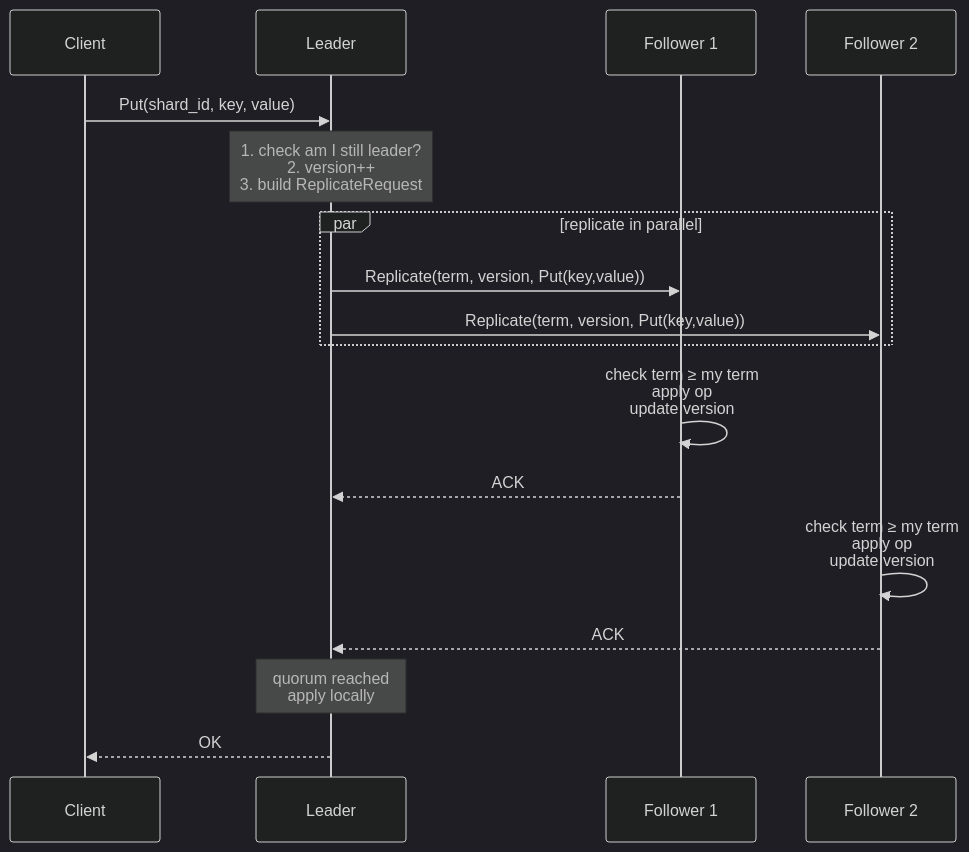
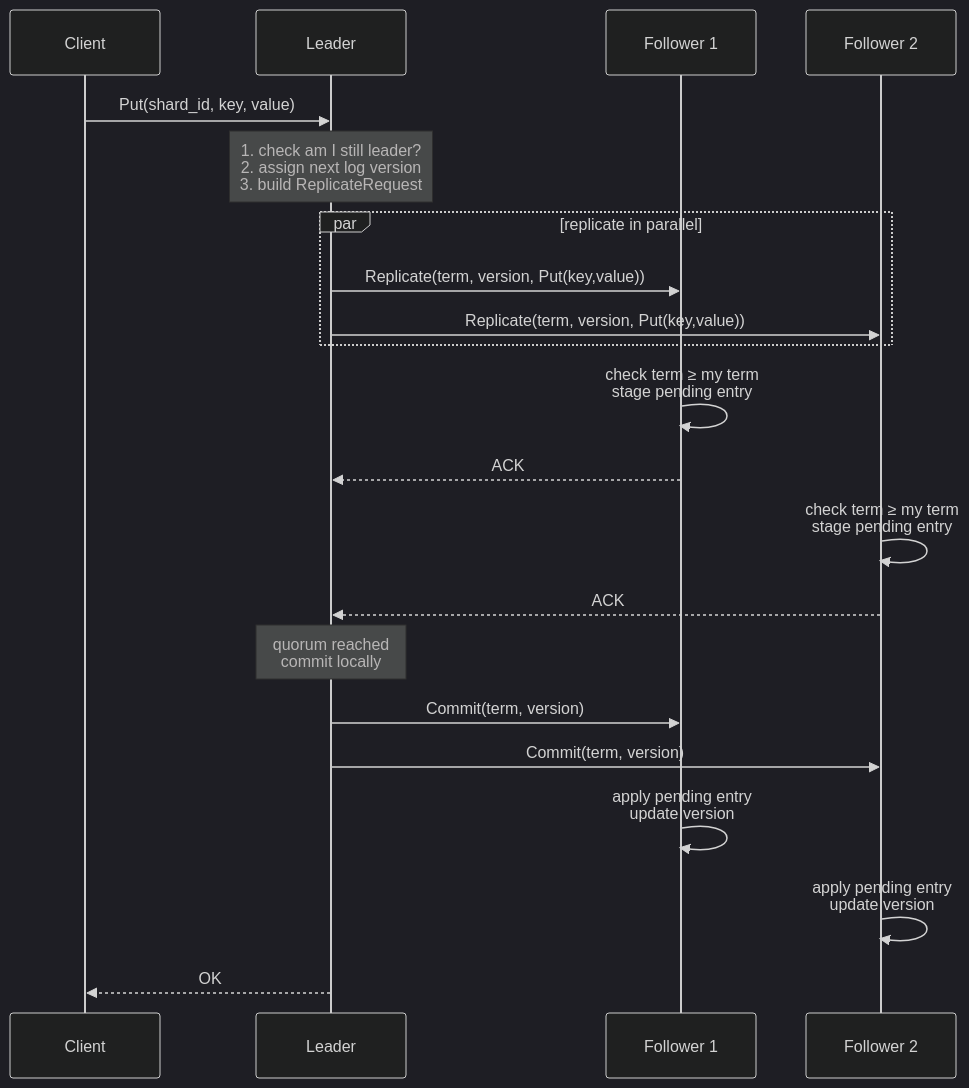
The second of 3 diagrams in docs/design.md (davecarr1024/doki), drawn with Mermaid (dark theme) before and after one commit. The commit also changed other lines of this file and 1 other file, not shown here.

Commit message:
Document append/commit replication

````diff
--- a/docs/design.md
+++ b/docs/design.md
@@ -331,20 +331,24 @@
 ```mermaid
 sequenceDiagram
     participant C as Client
     participant L as Leader
     participant F1 as Follower 1
     participant F2 as Follower 2
 
     C->>L: Put(shard_id, key, value)
-    note over L: 1. check am I still leader?<br/>2. version++<br/>3. build ReplicateRequest
+    note over L: 1. check am I still leader?<br/>2. assign next log version<br/>3. build ReplicateRequest
     par replicate in parallel
         L->>F1: Replicate(term, version, Put(key,value))
         L->>F2: Replicate(term, version, Put(key,value))
     end
-    F1->>F1: check term ≥ my term<br/>apply op<br/>update version
+    F1->>F1: check term ≥ my term<br/>stage pending entry
     F1-->>L: ACK
-    F2->>F2: check term ≥ my term<br/>apply op<br/>update version
+    F2->>F2: check term ≥ my term<br/>stage pending entry
     F2-->>L: ACK
-    note over L: quorum reached<br/>apply locally
+    note over L: quorum reached<br/>commit locally
+    L->>F1: Commit(term, version)
+    L->>F2: Commit(term, version)
+    F1->>F1: apply pending entry<br/>update version
+    F2->>F2: apply pending entry<br/>update version
     L-->>C: OK
 ```
````
